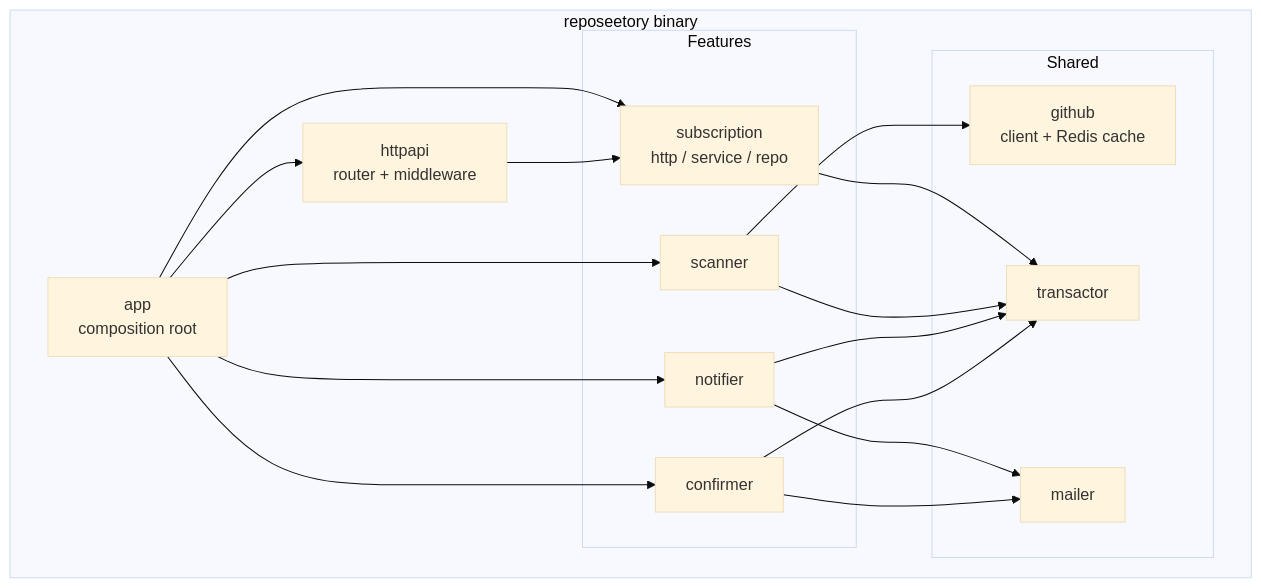
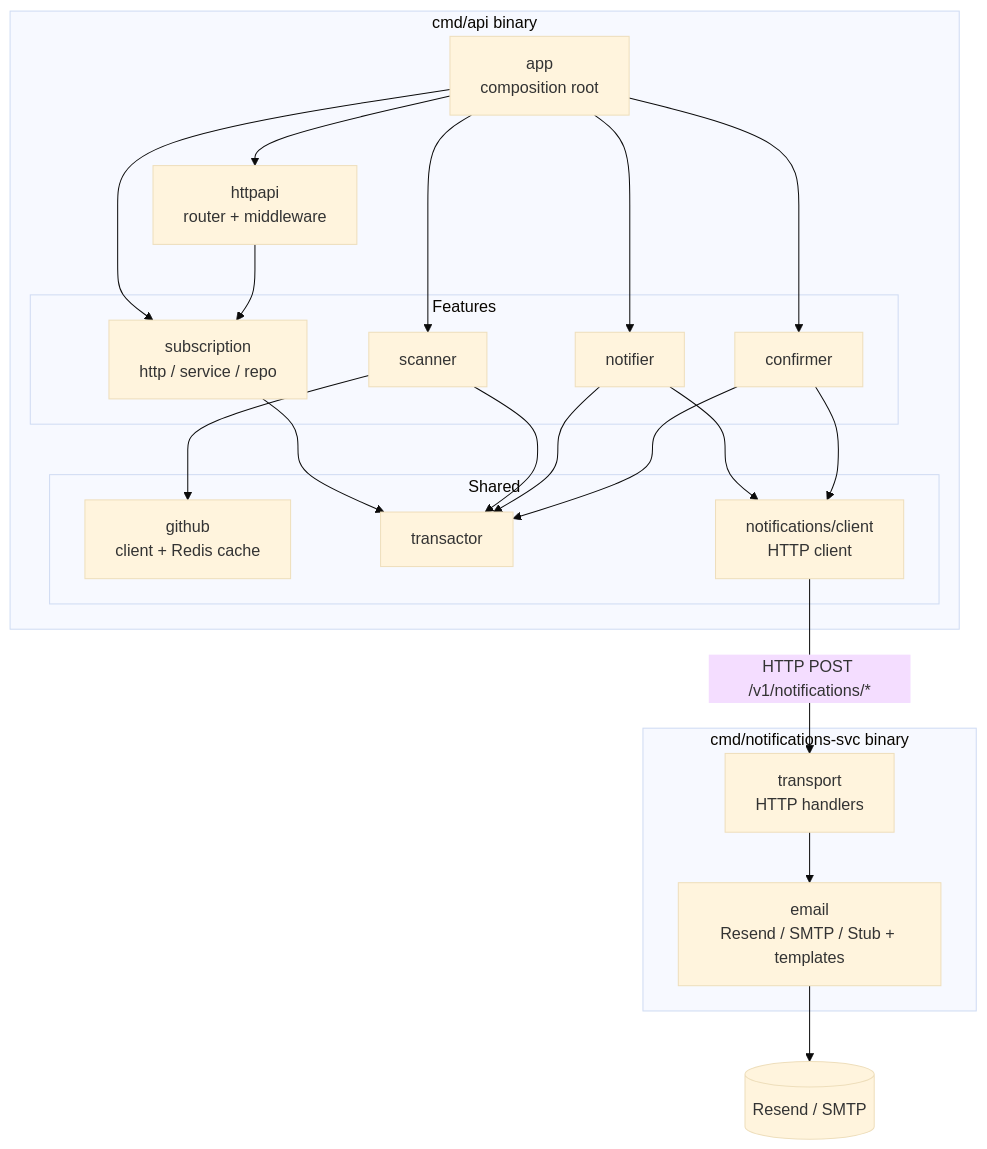
Before and after one commit to GenesisEducationKyiv/software-engineering-school-6-0-ananaslegend: the second of 7 diagrams in docs/architecture.md, drawn with Mermaid (base theme). The commit also changed other lines of this file and 40 other files, not shown here.

````diff
--- a/docs/architecture.md
+++ b/docs/architecture.md
@@ -39,36 +43,46 @@
 ```mermaid
 flowchart TB
-    subgraph Bin [reposeetory binary]
+    subgraph Api [cmd/api binary]
         APP[app<br/>composition root]
         HTTPAPI[httpapi<br/>router + middleware]
 
         subgraph Features
             SUB[subscription<br/>http / service / repo]
             SCAN[scanner]
             NOTIF[notifier]
             CONF[confirmer]
         end
 
         subgraph Shared
             GHC[github<br/>client + Redis cache]
             TXR[transactor]
-            MAIL[mailer]
+            MC[notifications/client<br/>HTTP client]
         end
     end
+
+    subgraph Notif [cmd/notifications-svc binary]
+        MTR[transport<br/>HTTP handlers]
+        MEM[email<br/>Resend / SMTP / Stub + templates]
+    end
+
+    RS[(Resend / SMTP)]
 
     APP --> HTTPAPI
     APP --> SUB
     APP --> SCAN
     APP --> NOTIF
     APP --> CONF
 
     HTTPAPI --> SUB
     SUB --> TXR
     SCAN --> TXR
     NOTIF --> TXR
     CONF --> TXR
 
     SCAN --> GHC
-    NOTIF --> MAIL
-    CONF --> MAIL
+    NOTIF --> MC
+    CONF --> MC
+    MC -->|HTTP POST /v1/notifications/*| MTR
+    MTR --> MEM
+    MEM --> RS
 ```
````
